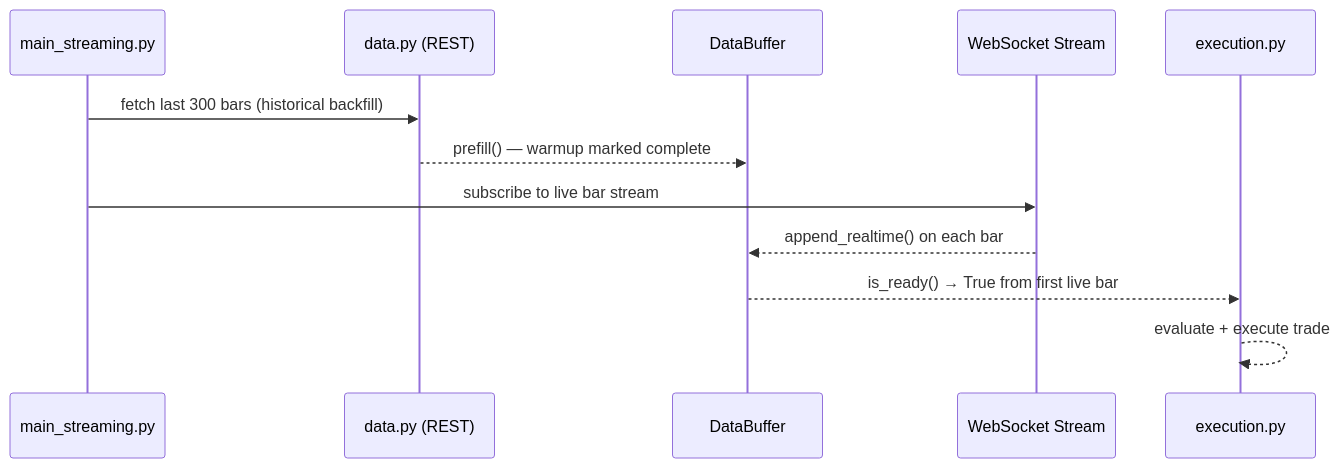
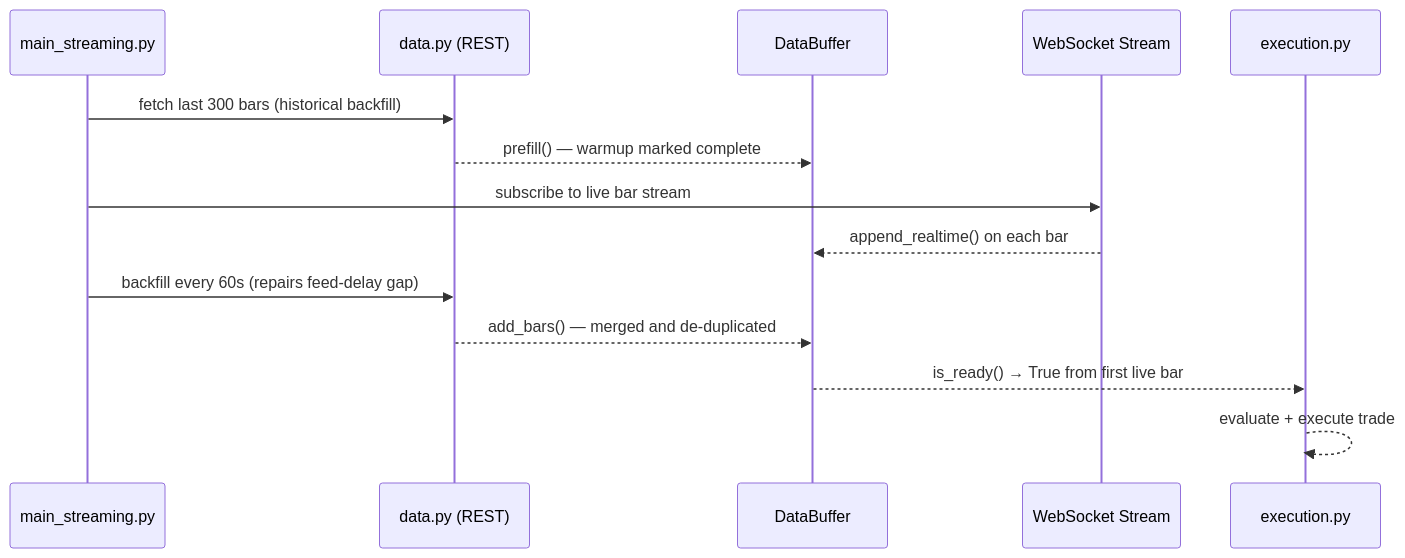
Before and after one commit to LCS3002/trading-bot: the third of 3 diagrams in README.md, drawn with Mermaid. The commit also changed other lines of this file and 11 other files, not shown here.

````diff
--- a/README.md
+++ b/README.md
@@ -141,15 +159,17 @@
 ```mermaid
 sequenceDiagram
     participant M as main_streaming.py
     participant D as data.py (REST)
     participant B as DataBuffer
     participant S as WebSocket Stream
     participant E as execution.py
 
     M->>D: fetch last 300 bars (historical backfill)
     D-->>B: prefill() — warmup marked complete
     M->>S: subscribe to live bar stream
     S-->>B: append_realtime() on each bar
+    M->>D: backfill every 60s (repairs feed-delay gap)
+    D-->>B: add_bars() — merged and de-duplicated
     B-->>E: is_ready() → True from first live bar
     E-->>E: evaluate + execute trade
 ```
````
